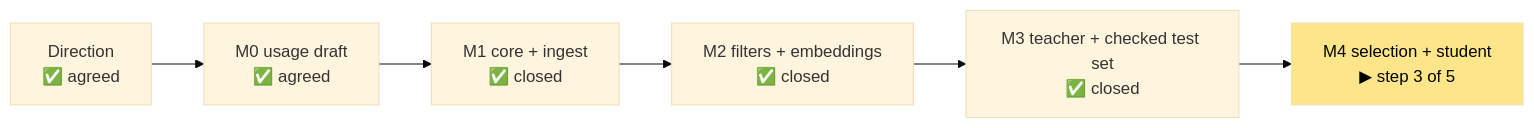
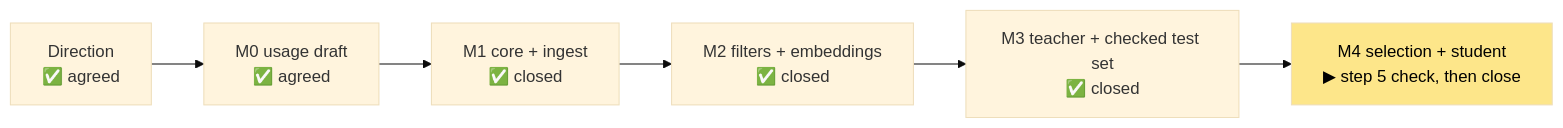
One commit to cupcakes04/Rin changed the diagram in dev/notes/state.md. Above: the diagram before and after it, drawn with Mermaid (base theme). The commit also changed other lines of this file and 27 other files, not shown here.

````diff
--- a/dev/notes/state.md
+++ b/dev/notes/state.md
@@ -9,5 +9,5 @@
 ```mermaid
 flowchart LR
-    A["Direction<br/>✅ agreed"] --> D["M0 usage draft<br/>✅ agreed"] --> E["M1 core + ingest<br/>✅ closed"] --> F["M2 filters + embeddings<br/>✅ closed"] --> G["M3 teacher + checked test set<br/>✅ closed"] --> H["M4 selection + student<br/>▶ step 3 of 5"]
+    A["Direction<br/>✅ agreed"] --> D["M0 usage draft<br/>✅ agreed"] --> E["M1 core + ingest<br/>✅ closed"] --> F["M2 filters + embeddings<br/>✅ closed"] --> G["M3 teacher + checked test set<br/>✅ closed"] --> H["M4 selection + student<br/>▶ step 5 check, then close"]
     style H fill:#fde68a,color:#000
 ```
````
